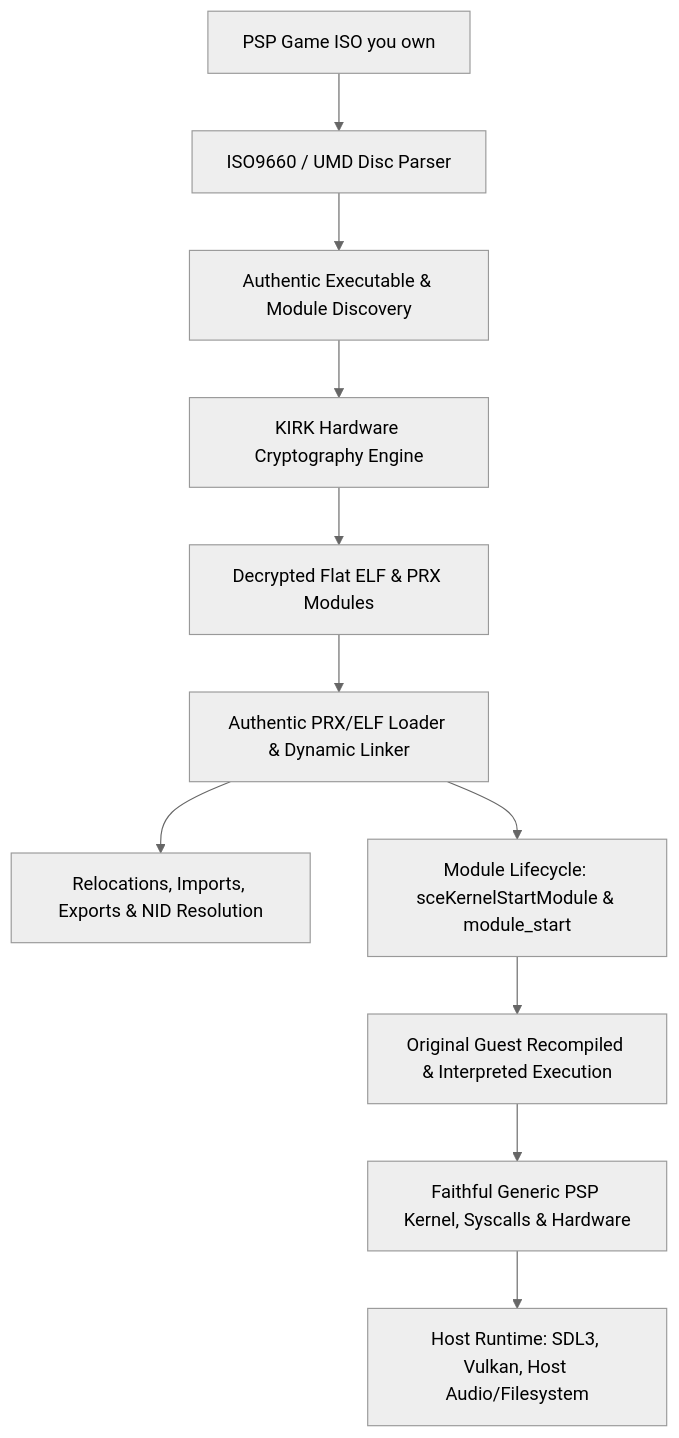
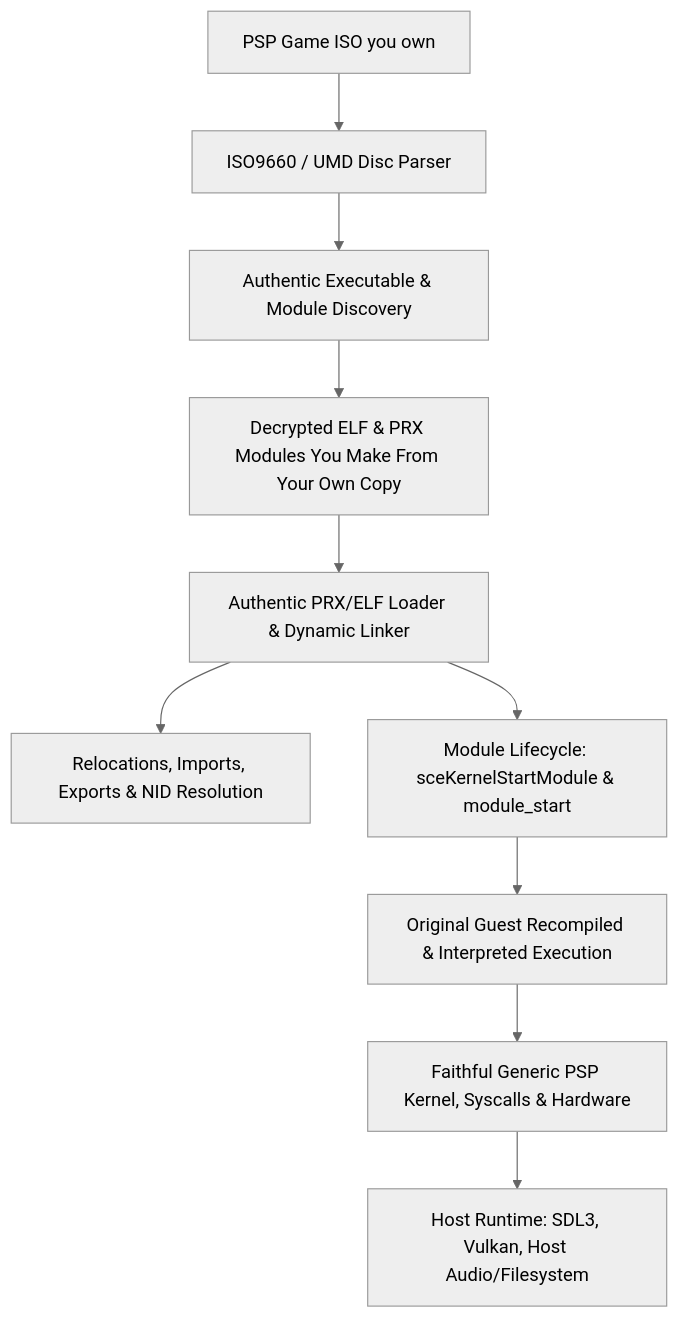
One commit to Jstar269/nakagawa-recomp changed the diagram in docs/LLE_FIDELITY_ARCHITECTURE.md. Above: the diagram before and after it, drawn with Mermaid (neutral theme). The commit also changed other lines of this file and 21 other files, not shown here.

````diff
--- a/docs/LLE_FIDELITY_ARCHITECTURE.md
+++ b/docs/LLE_FIDELITY_ARCHITECTURE.md
@@ -33,13 +33,12 @@
 ```mermaid
 flowchart TD
     ISO[PSP Game ISO you own] --> UMD[ISO9660 / UMD Disc Parser]
     UMD --> DISC_DISC[Authentic Executable & Module Discovery]
-    DISC_DISC --> CRYPTO[KIRK Hardware Cryptography Engine]
-    CRYPTO --> DECRYPT[Decrypted Flat ELF & PRX Modules]
+    DISC_DISC --> DECRYPT[Decrypted ELF & PRX Modules You Make From Your Own Copy]
     DECRYPT --> LOADER[Authentic PRX/ELF Loader & Dynamic Linker]
     LOADER --> RELOC[Relocations, Imports, Exports & NID Resolution]
     LOADER --> LIFECYCLE[Module Lifecycle: sceKernelStartModule & module_start]
     LIFECYCLE --> GUEST_EXEC[Original Guest Recompiled & Interpreted Execution]
     GUEST_EXEC --> FAITHFUL_OS[Faithful Generic PSP Kernel, Syscalls & Hardware]
     FAITHFUL_OS --> HOST[Host Runtime: SDL3, Vulkan, Host Audio/Filesystem]
 ```
````
